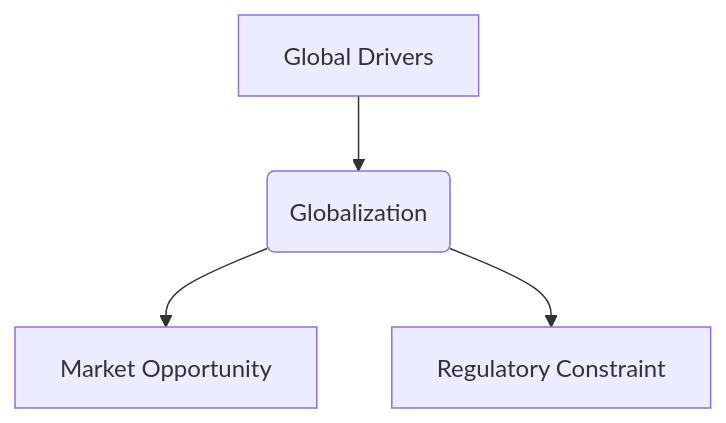
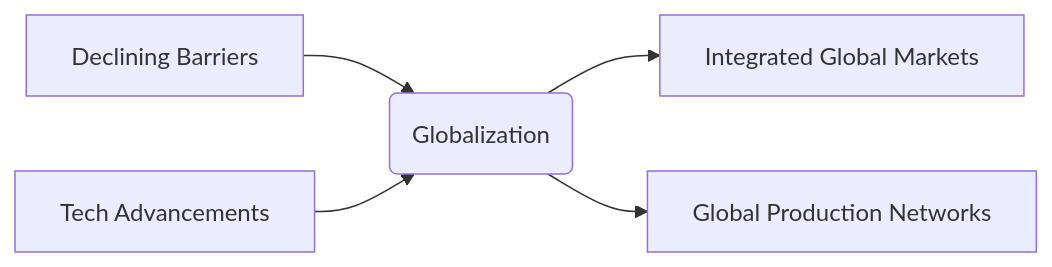
The diagram in unit-1-international-business-environment/02-globalization.md (Raviranjan010/MGN-220), drawn with Mermaid before and after one commit. The commit also changed other lines of this file and 60 other files, not shown here.

````diff
--- a/unit-1-international-business-environment/02-globalization.md
+++ b/unit-1-international-business-environment/02-globalization.md
@@ -18,6 +14,7 @@
 ```mermaid
-graph TD
-    A[Global Drivers] --> B(Globalization)
-    B --> C[Market Opportunity]
-    B --> D[Regulatory Constraint]
+graph LR
+    A[Declining Barriers] --> C(Globalization)
+    B[Tech Advancements] --> C
+    C --> D[Integrated Global Markets]
+    C --> E[Global Production Networks]
 ```
````
